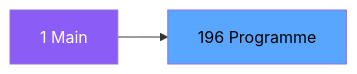
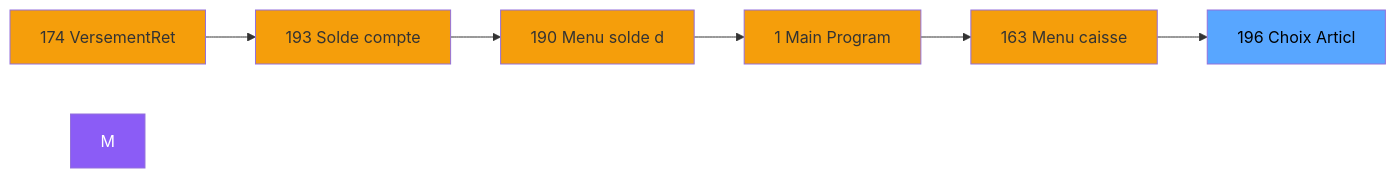
One commit to thonyAGP/magic-migration changed the second of 3 diagrams in .openspec/specs/ADH-IDE-196.md. Above: the diagram before and after it, drawn with Mermaid. The commit also changed other lines of this file and 323 other files, not shown here.

````diff
--- a/.openspec/specs/ADH-IDE-196.md
+++ b/.openspec/specs/ADH-IDE-196.md
@@ -98,8 +112,21 @@
 ```mermaid
 graph LR
-    M[1 Main]
-    T[196 Programme]
-    M --> T
+    N174[174 VersementRet]
+    N193[193 Solde compte]
+    N190[190 Menu solde d]
+    N1[1 Main Program]
+    N163[163 Menu caisse ]
+    T[196 Choix Articl]
+    N174 --> N193
+    N193 --> N190
+    N190 --> N1
+    N1 --> N163
+    N163 --> T
     style M fill:#8b5cf6,color:#fff
+    style N174 fill:#f59e0b
+    style N193 fill:#f59e0b
+    style N190 fill:#f59e0b
+    style N1 fill:#f59e0b
+    style N163 fill:#f59e0b
     style T fill:#58a6ff,color:#000
 ```
````
